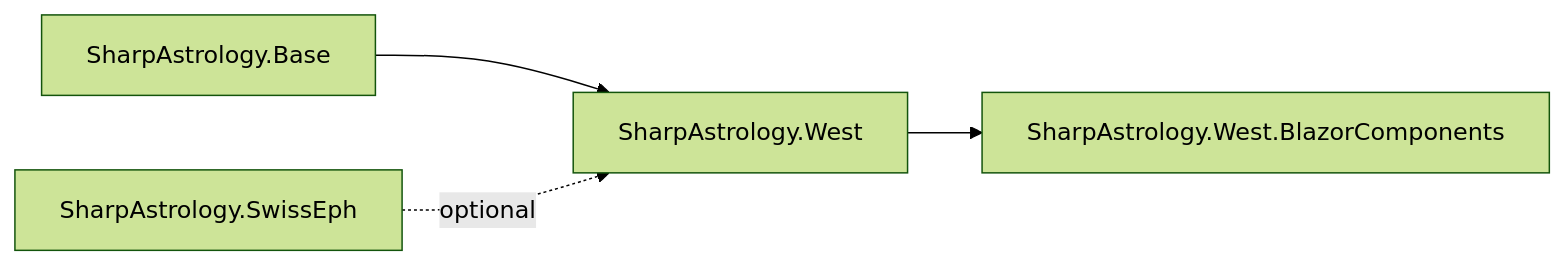
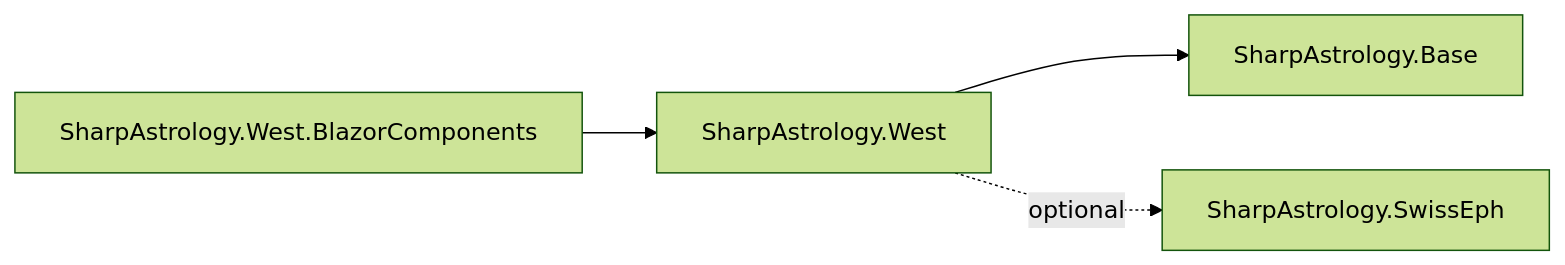
The diagram in README.md (CReizner/SharpAstrology.West.BlazorComponents), drawn with Mermaid (forest theme) before and after one commit.

Commit message:
Updated README with setup

````diff
--- a/README.md
+++ b/README.md
@@ -22,6 +22,6 @@
 ```mermaid
 flowchart LR
-    id1[SharpAstrology.Base]-->id2[SharpAstrology.West]
-    id2-->id3[SharpAstrology.West.BlazorComponents]
-    id4[SharpAstrology.SwissEph]-.->|optional|id2
+    west[SharpAstrology.West]-->base[SharpAstrology.Base]
+    comp[SharpAstrology.West.BlazorComponents]-->west
+    west-.->|optional|eph[SharpAstrology.SwissEph]
 ```
````
